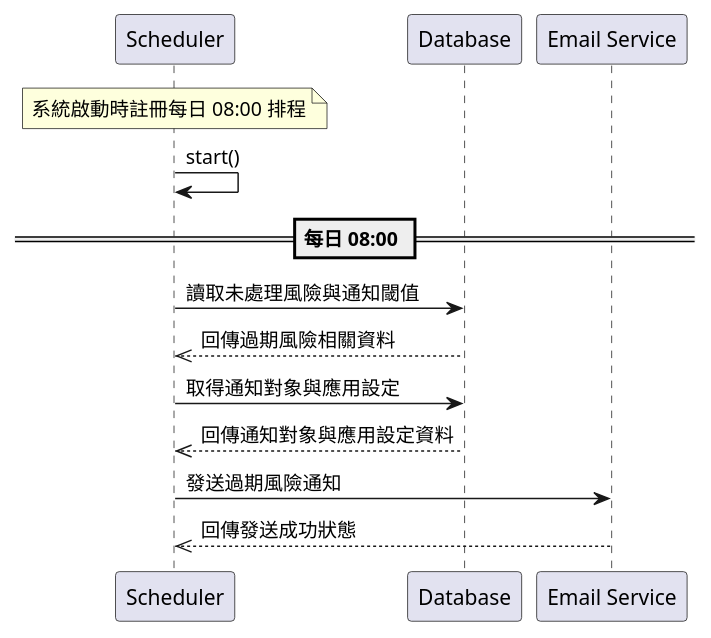
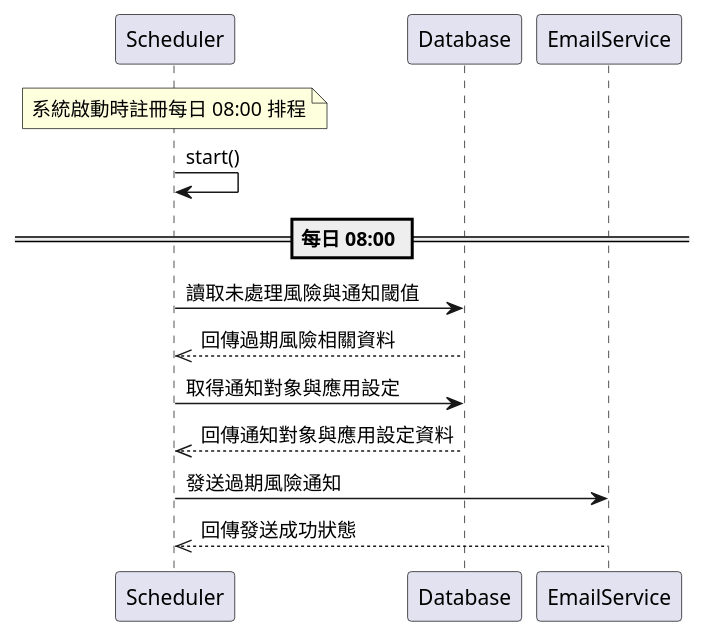
Before and after one commit to walle45611/NTUB_SecuManag_Diagram: the diagram in plantUML/sequence/risk_notify_scheduler.puml, drawn with PlantUML. The commit also changed 3 other files, not shown here.

Commit message:
feat: 精簡風險追蹤與派工流程圖，調整參與者與流程步驟以增強可讀性

```diff
--- a/plantUML/sequence/risk_notify_scheduler.puml
+++ b/plantUML/sequence/risk_notify_scheduler.puml
@@ -1,18 +1,18 @@
 @startuml
 
 participant Scheduler
 participant Database
-participant "Email Service" as EmailService
+participant EmailService
 
 note over Scheduler: 系統啟動時註冊每日 08:00 排程
 Scheduler -> Scheduler: start()
 
 == 每日 08:00 ==
 Scheduler -> Database: 讀取未處理風險與通知閾值
 Database -->> Scheduler: 回傳過期風險相關資料
 Scheduler -> Database: 取得通知對象與應用設定
 Database -->> Scheduler: 回傳通知對象與應用設定資料
 Scheduler -> EmailService: 發送過期風險通知
 EmailService -->> Scheduler: 回傳發送成功狀態
 
 @enduml
```
